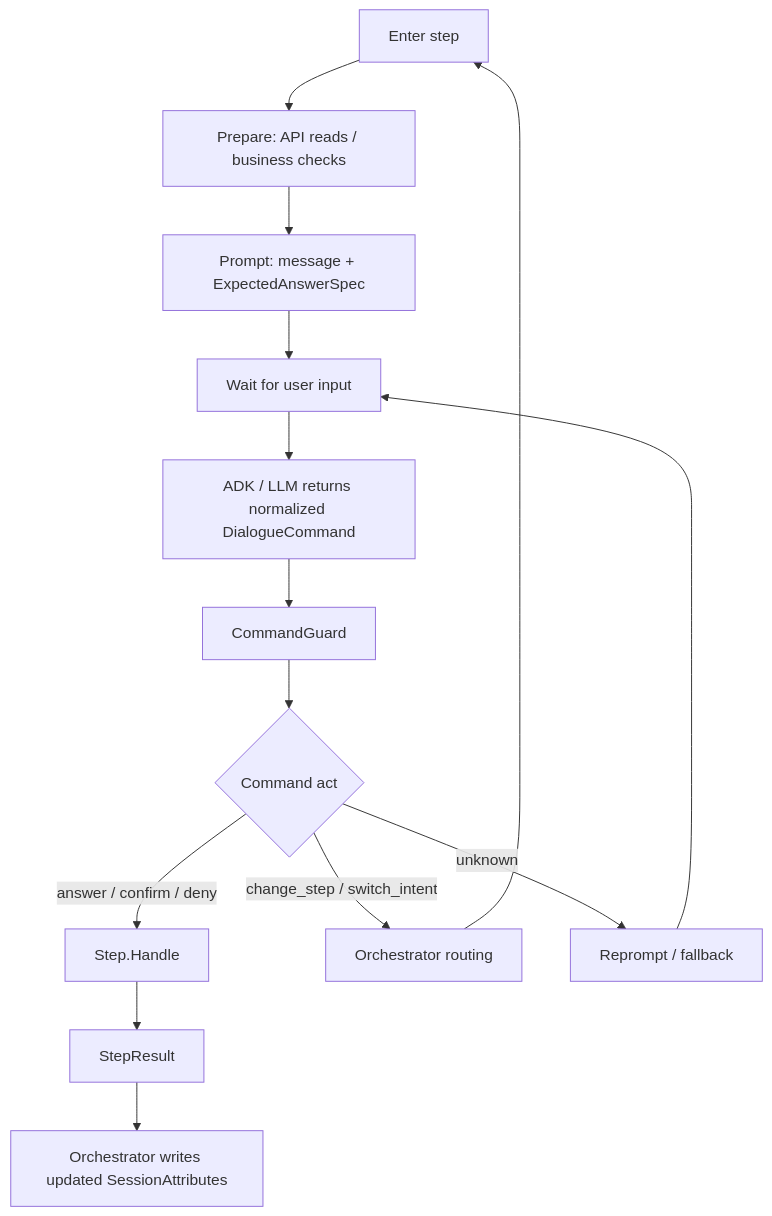
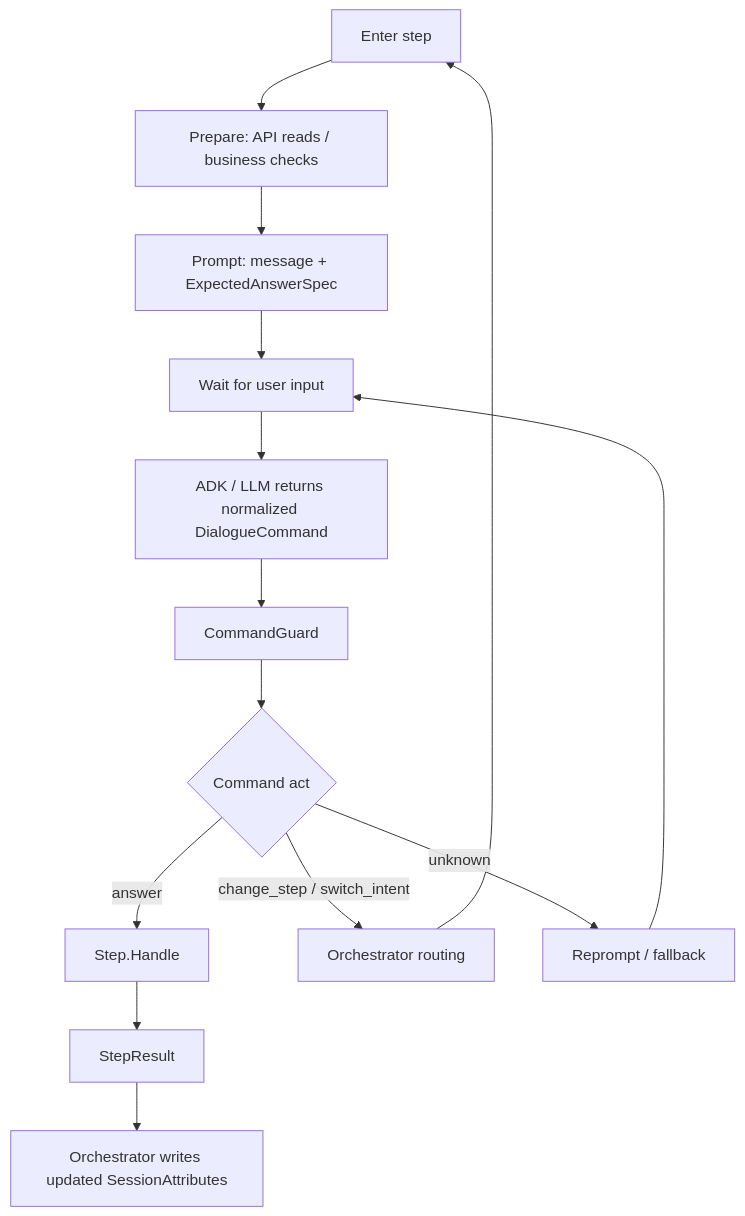
The second of 9 diagrams in docs/superpowers/specs/2026-06-07-intent-step-orchestration-confluence.md (fghjkl007/adk-go-company-model-integration), drawn with Mermaid before and after one commit. The commit also changed other lines of this file and 2 other files, not shown here.

Commit message:
docs: update intent step orchestration design

````diff
--- a/docs/superpowers/specs/2026-06-07-intent-step-orchestration-confluence.md
+++ b/docs/superpowers/specs/2026-06-07-intent-step-orchestration-confluence.md
@@ -51,16 +54,16 @@
 ```mermaid
 flowchart TD
   Enter["Enter step"] --> Prepare["Prepare: API reads / business checks"]
   Prepare --> Prompt["Prompt: message + ExpectedAnswerSpec"]
   Prompt --> Wait["Wait for user input"]
   Wait --> Parse["ADK / LLM returns normalized DialogueCommand"]
   Parse --> Guard["CommandGuard"]
   Guard --> Act{"Command act"}
-  Act -->|answer / confirm / deny| Handle["Step.Handle"]
+  Act -->|answer| Handle["Step.Handle"]
   Act -->|change_step / switch_intent| Route["Orchestrator routing"]
   Act -->|unknown| Reprompt["Reprompt / fallback"]
   Handle --> Result["StepResult"]
   Result --> Apply["Orchestrator writes updated SessionAttributes"]
   Route --> Enter
   Reprompt --> Wait
 ```
````
